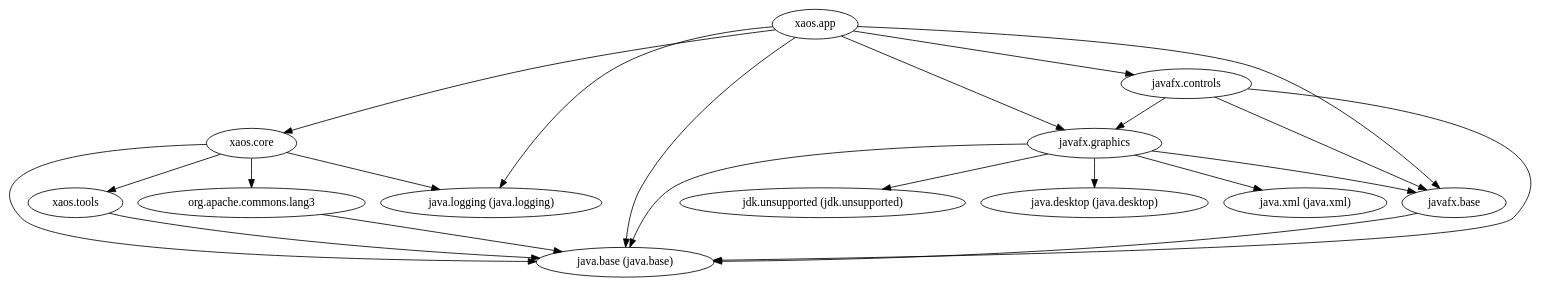
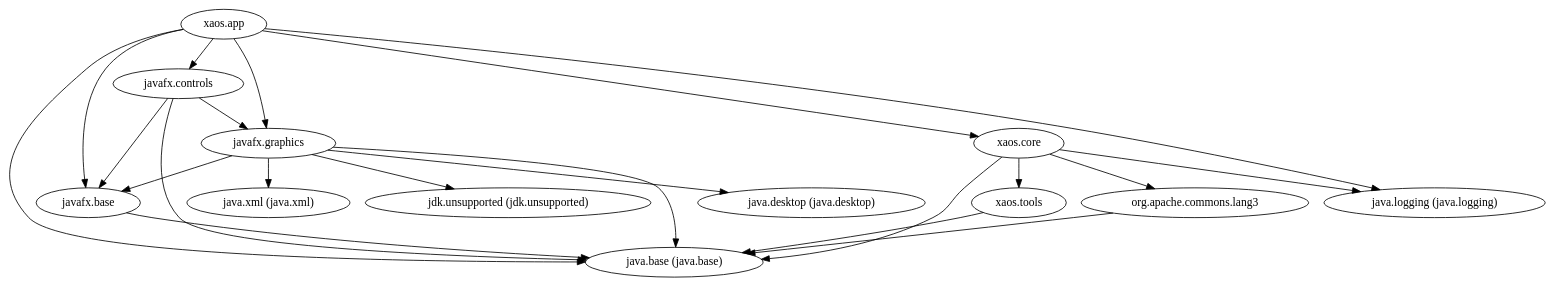
Before and after one commit to ESSICS/XAOS: the diagram in xaos.app.module/doc/module-dependencies.dot, drawn with Graphviz. The commit also changed other lines of this file and 54 other files, not shown here.

```diff
--- a/xaos.app.module/doc/module-dependencies.dot
+++ b/xaos.app.module/doc/module-dependencies.dot
@@ -1,23 +1,23 @@
 digraph "summary" {
   "org.apache.commons.lang3"                         -> "java.base (java.base)";
-  "xaos.core"                                        -> "java.base (java.base)";
-  "xaos.core"                                        -> "java.logging (java.logging)";
-  "xaos.core"                                        -> "org.apache.commons.lang3";
-  "xaos.core"                                        -> "xaos.tools";
   "xaos.app"                                         -> "java.base (java.base)";
   "xaos.app"                                         -> "java.logging (java.logging)";
   "xaos.app"                                         -> "javafx.base";
   "xaos.app"                                         -> "javafx.controls";
   "xaos.app"                                         -> "javafx.graphics";
   "xaos.app"                                         -> "xaos.core";
   "javafx.graphics"                                  -> "java.base (java.base)";
   "javafx.graphics"                                  -> "java.desktop (java.desktop)";
   "javafx.graphics"                                  -> "java.xml (java.xml)";
   "javafx.graphics"                                  -> "javafx.base";
   "javafx.graphics"                                  -> "jdk.unsupported (jdk.unsupported)";
   "javafx.controls"                                  -> "java.base (java.base)";
   "javafx.controls"                                  -> "javafx.base";
   "javafx.controls"                                  -> "javafx.graphics";
+  "javafx.base"                                      -> "java.base (java.base)";
+  "xaos.core"                                        -> "java.base (java.base)";
+  "xaos.core"                                        -> "java.logging (java.logging)";
+  "xaos.core"                                        -> "org.apache.commons.lang3";
+  "xaos.core"                                        -> "xaos.tools";
   "xaos.tools"                                       -> "java.base (java.base)";
-  "javafx.base"                                      -> "java.base (java.base)";
 }
```
